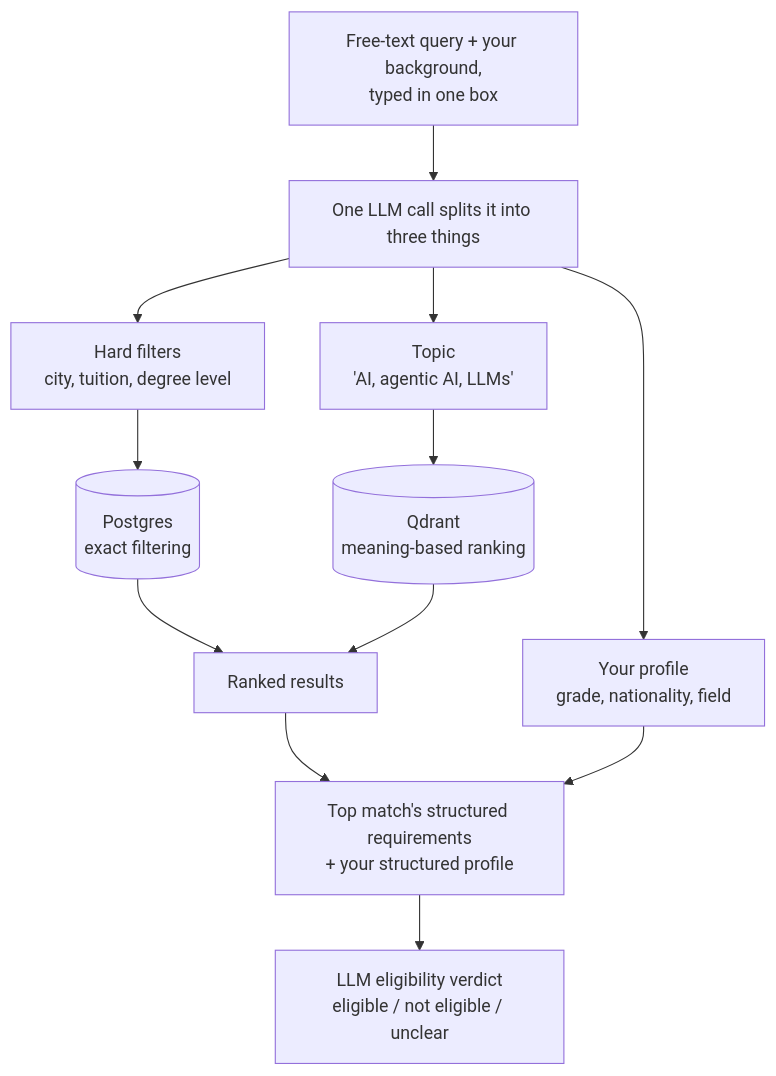
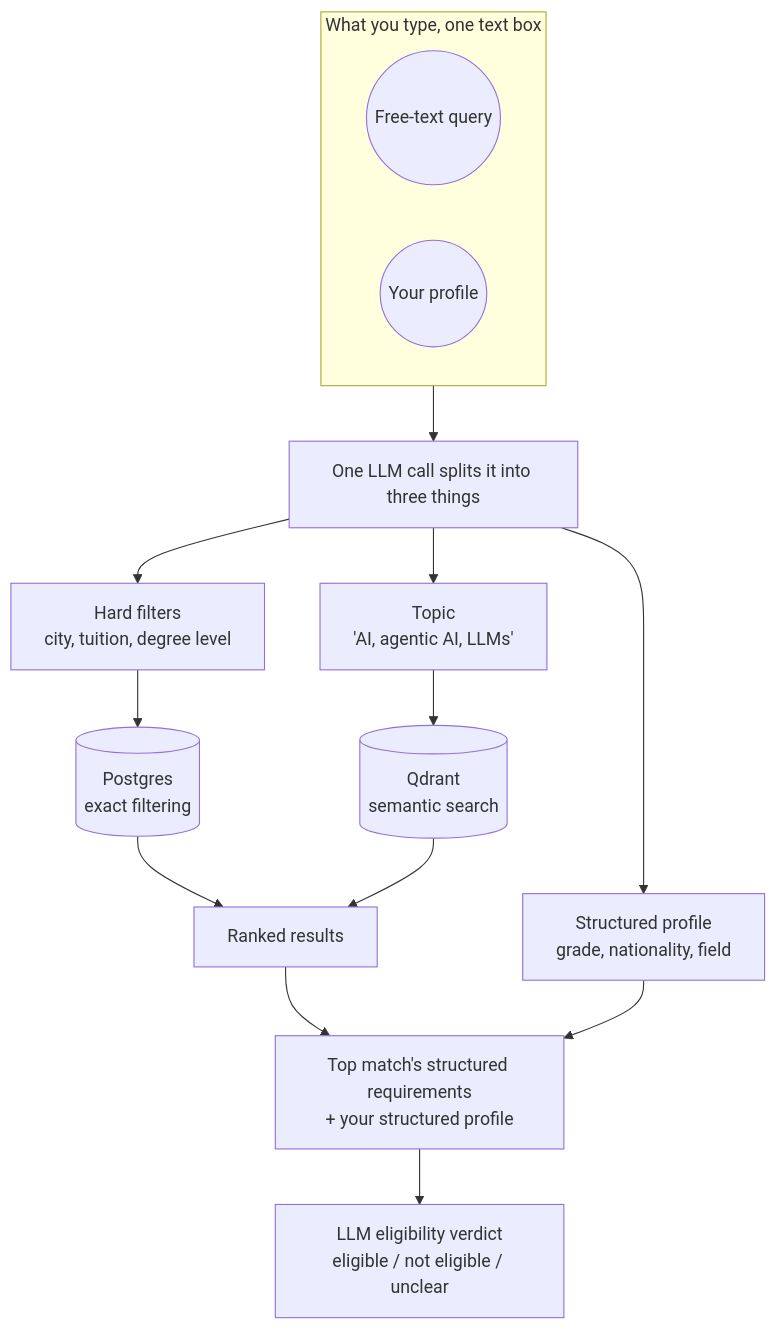
One commit to MuneebaNasir/StudyMatch changed the first of 2 diagrams in README.md. Above: the diagram before and after it, drawn with Mermaid. The commit also changed other lines of this file and 1 other file, not shown here.

````diff
--- a/README.md
+++ b/README.md
@@ -66,14 +37,18 @@
 ```mermaid
 flowchart TD
-    A["Free-text query + your background,<br/>typed in one box"] --> B["One LLM call splits it into three things"]
-    B --> C["Hard filters<br/>city, tuition, degree level"]
-    B --> D["Topic<br/>'AI, agentic AI, LLMs'"]
-    B --> E["Your profile<br/>grade, nationality, field"]
+    subgraph INPUT["What you type, one text box"]
+        Q(("Free-text query"))
+        P(("Your profile"))
+    end
+    INPUT --> LLM["One LLM call splits it into three things"]
+    LLM --> C["Hard filters<br/>city, tuition, degree level"]
+    LLM --> D["Topic<br/>'AI, agentic AI, LLMs'"]
+    LLM --> E["Structured profile<br/>grade, nationality, field"]
     C --> F[("Postgres<br/>exact filtering")]
-    D --> G[("Qdrant<br/>meaning-based ranking")]
+    D --> G[("Qdrant<br/>semantic search")]
     F --> H["Ranked results"]
     G --> H
     H --> I["Top match's structured requirements<br/>+ your structured profile"]
     E --> I
     I --> J["LLM eligibility verdict<br/>eligible / not eligible / unclear"]
 ```
````
